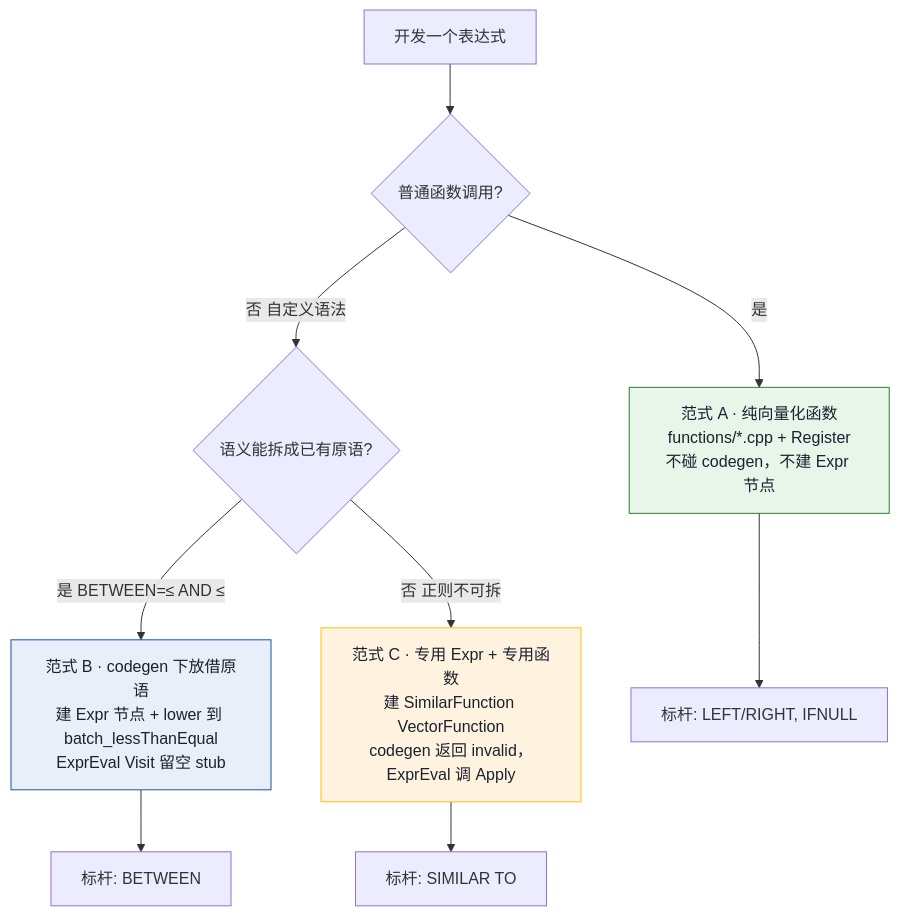
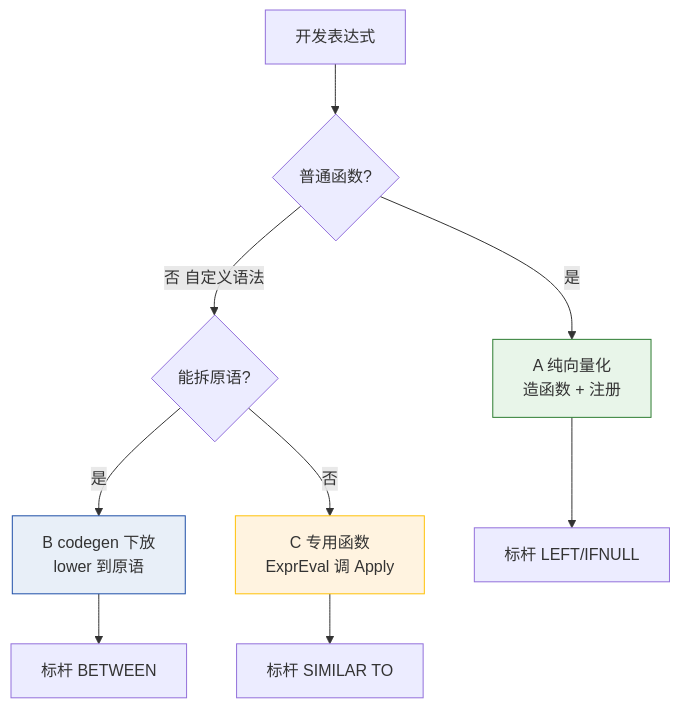
Before and after one commit to int2t05/internship: the fourth of 13 diagrams in manuscript.md, drawn with Mermaid. The commit also changed other lines of this file and 12 other files, not shown here.

````diff
--- a/manuscript.md
+++ b/manuscript.md
@@ -237,17 +222,17 @@
 ```mermaid
 flowchart TD
-    S["开发一个表达式"] --> Q1{普通函数调用?}
-    Q1 -->|是| A["范式 A · 纯向量化函数<br/>functions/*.cpp + Register<br/>不碰 codegen，不建 Expr 节点"]
-    Q1 -->|否 自定义语法| Q2{语义能拆成已有原语?}
-    Q2 -->|是 BETWEEN=≤ AND ≤| B["范式 B · codegen 下放借原语<br/>建 Expr 节点 + lower 到 batch_lessThanEqual<br/>ExprEval Visit 留空 stub"]
-    Q2 -->|否 正则不可拆| C["范式 C · 专用 Expr + 专用函数<br/>建 SimilarFunction VectorFunction<br/>codegen 返回 invalid，ExprEval 调 Apply"]
-    A --> L["标杆: LEFT/RIGHT, IFNULL"]
-    B --> LB["标杆: BETWEEN"]
-    C --> LC["标杆: SIMILAR TO"]
-    classDef a fill:#E8F5E9,stroke:#2E7D32,color:#1A2230
-    classDef b fill:#E8EFF8,stroke:#1E4FA8,color:#1A2230
-    classDef c fill:#FFF3E0,stroke:#FFC107,color:#1A2230
+    S["开发表达式"] --> Q1{普通函数?}
+    Q1 -->|是| A["A 纯向量化<br/>造函数 + 注册"]
+    Q1 -->|否 自定义语法| Q2{能拆原语?}
+    Q2 -->|是| B["B codegen 下放<br/>lower 到原语"]
+    Q2 -->|否| C["C 专用函数<br/>ExprEval 调 Apply"]
+    A --> L["标杆 LEFT/IFNULL"]
+    B --> LB["标杆 BETWEEN"]
+    C --> LC["标杆 SIMILAR TO"]
+    classDef a fill:#E8F5E9,stroke:#2E7D32
+    classDef b fill:#E8EFF8,stroke:#1E4FA8
+    classDef c fill:#FFF3E0,stroke:#FFC107
     class A a
     class B b
     class C c
 ```
````
